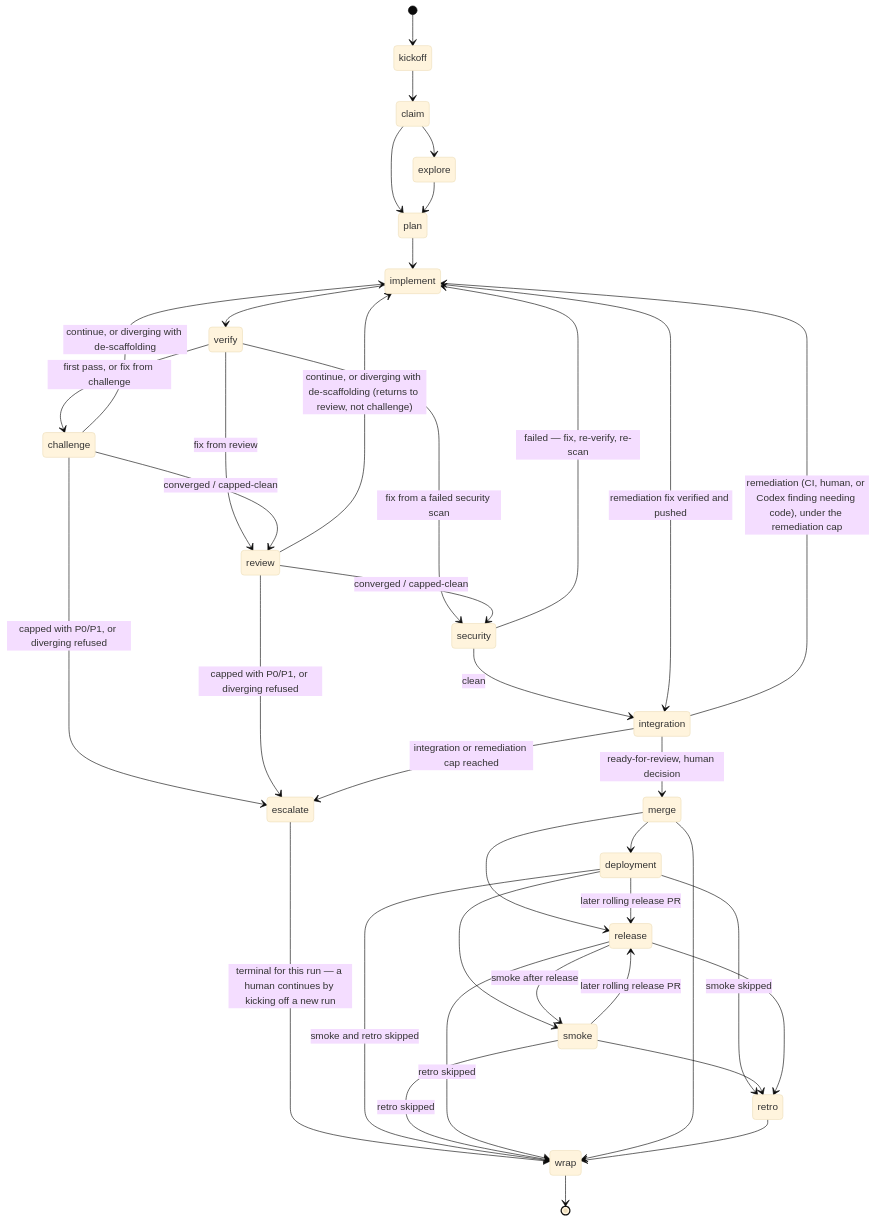
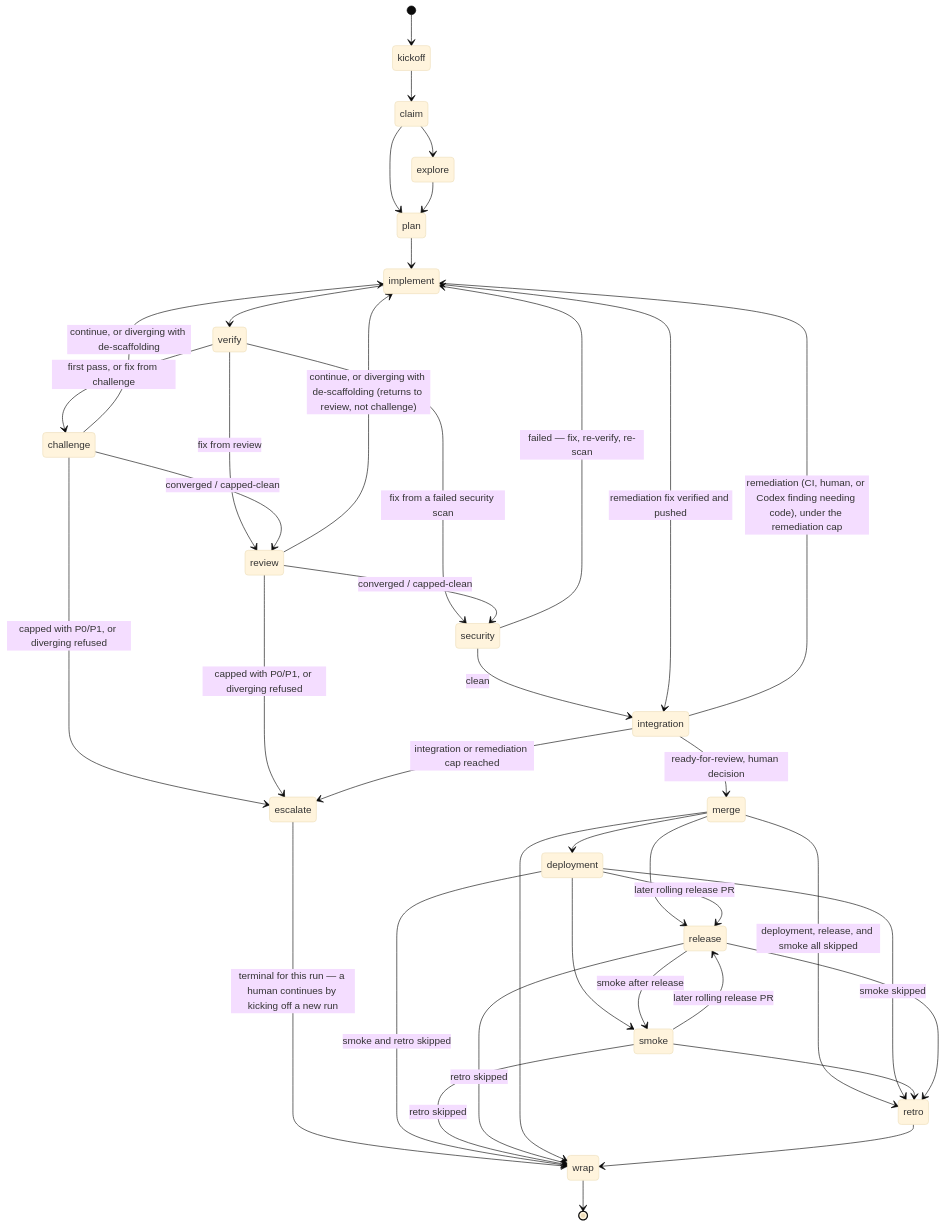
The second of 2 diagrams in docs/product/domain.md (evanharmon1/harmon-devkit), drawn with Mermaid (base theme) before and after one commit. The commit also changed other lines of this file and 4 other files, not shown here.

First line of the commit message:
docs(specs): fold PR #665's capped Codex findings into the dev flow v2 spec (#739)

````diff
--- a/docs/product/domain.md
+++ b/docs/product/domain.md
@@ -72,41 +77,42 @@
 ```mermaid
 stateDiagram-v2
     [*] --> kickoff
     kickoff --> claim
     claim --> explore
     claim --> plan
     explore --> plan
     plan --> implement
     implement --> verify
     verify --> challenge : first pass, or fix from challenge
     verify --> review : fix from review
     verify --> security : fix from a failed security scan
     challenge --> implement : continue, or diverging with de-scaffolding
     challenge --> review : converged / capped-clean
     challenge --> escalate : capped with P0/P1, or diverging refused
     review --> implement : continue, or diverging with de-scaffolding (returns to review, not challenge)
     review --> security : converged / capped-clean
     review --> escalate : capped with P0/P1, or diverging refused
     escalate --> wrap : terminal for this run — a human continues by kicking off a new run
     security --> integration : clean
     security --> implement : failed — fix, re-verify, re-scan
     integration --> implement : remediation (CI, human, or Codex finding needing code), under the remediation cap
     implement --> integration : remediation fix verified and pushed
     integration --> escalate : integration or remediation cap reached
     integration --> merge : ready-for-review, human decision
     merge --> deployment
     merge --> release
+    merge --> retro : deployment, release, and smoke all skipped
     deployment --> release : later rolling release PR
     deployment --> smoke
     smoke --> release : later rolling release PR
     release --> smoke : smoke after release
     deployment --> retro : smoke skipped
     deployment --> wrap : smoke and retro skipped
     smoke --> retro
     smoke --> wrap : retro skipped
     release --> retro
     release --> wrap : retro skipped
     merge --> wrap
     retro --> wrap
     wrap --> [*]
 ```
````
